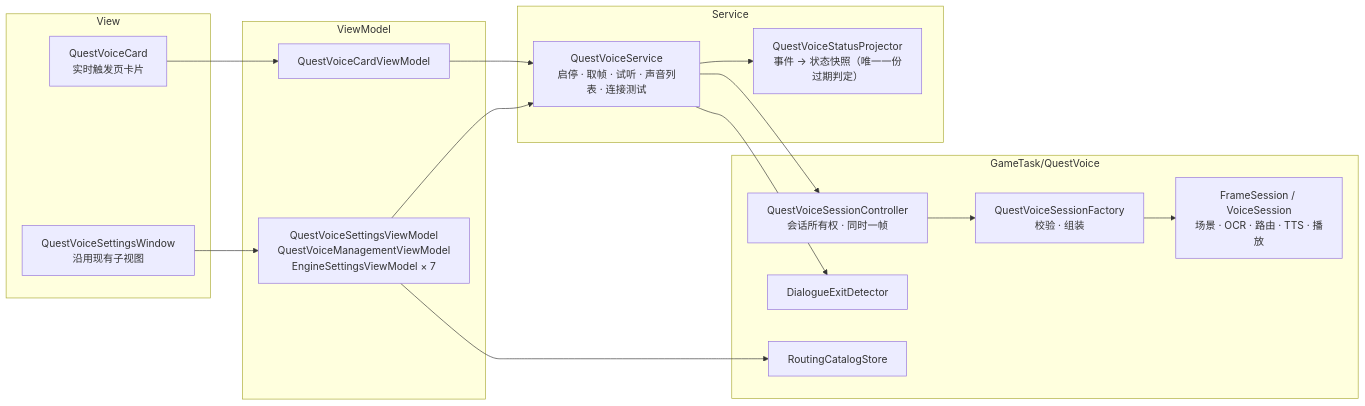
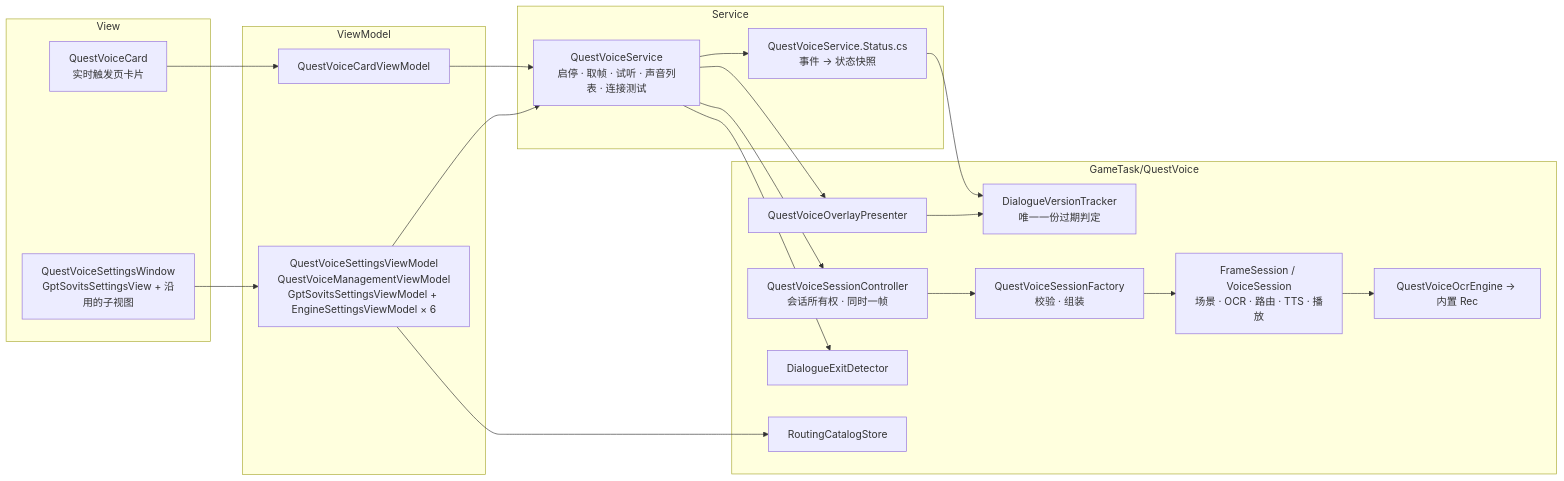
Before and after one commit to babalae/better-genshin-impact: the diagram in Docs/design/questvoice-simplification.md, drawn with Mermaid. The commit also changed other lines of this file and 106 other files, not shown here.

````diff
--- a/Docs/design/questvoice-simplification.md
+++ b/Docs/design/questvoice-simplification.md
@@ -302,28 +322,33 @@
 ```mermaid
 flowchart LR
     subgraph View
         Card["QuestVoiceCard<br/>实时触发页卡片"]
-        Win["QuestVoiceSettingsWindow<br/>沿用现有子视图"]
+        Win["QuestVoiceSettingsWindow<br/>GptSovitsSettingsView + 沿用的子视图"]
     end
     subgraph ViewModel
         CardVm["QuestVoiceCardViewModel"]
-        WinVm["QuestVoiceSettingsViewModel<br/>QuestVoiceManagementViewModel<br/>EngineSettingsViewModel × 7"]
+        WinVm["QuestVoiceSettingsViewModel<br/>QuestVoiceManagementViewModel<br/>GptSovitsSettingsViewModel + EngineSettingsViewModel × 6"]
     end
     subgraph Service
         Svc["QuestVoiceService<br/>启停 · 取帧 · 试听 · 声音列表 · 连接测试"]
-        Proj["QuestVoiceStatusProjector<br/>事件 → 状态快照（唯一一份过期判定）"]
+        Status["QuestVoiceService.Status.cs<br/>事件 → 状态快照"]
     end
     subgraph GameTask_QuestVoice["GameTask/QuestVoice"]
         Ctrl["QuestVoiceSessionController<br/>会话所有权 · 同时一帧"]
         Factory["QuestVoiceSessionFactory<br/>校验 · 组装"]
         Core["FrameSession / VoiceSession<br/>场景 · OCR · 路由 · TTS · 播放"]
+        Ocr["QuestVoiceOcrEngine → 内置 Rec"]
         Exit["DialogueExitDetector"]
+        Tracker["DialogueVersionTracker<br/>唯一一份过期判定"]
+        Overlay["QuestVoiceOverlayPresenter"]
         Store["RoutingCatalogStore"]
     end
     Card --> CardVm --> Svc
     Win --> WinVm --> Svc
     WinVm --> Store
-    Svc --> Proj
-    Svc --> Ctrl --> Factory --> Core
+    Svc --> Status --> Tracker
+    Overlay --> Tracker
+    Svc --> Overlay
+    Svc --> Ctrl --> Factory --> Core --> Ocr
     Svc --> Exit
 ```
````
